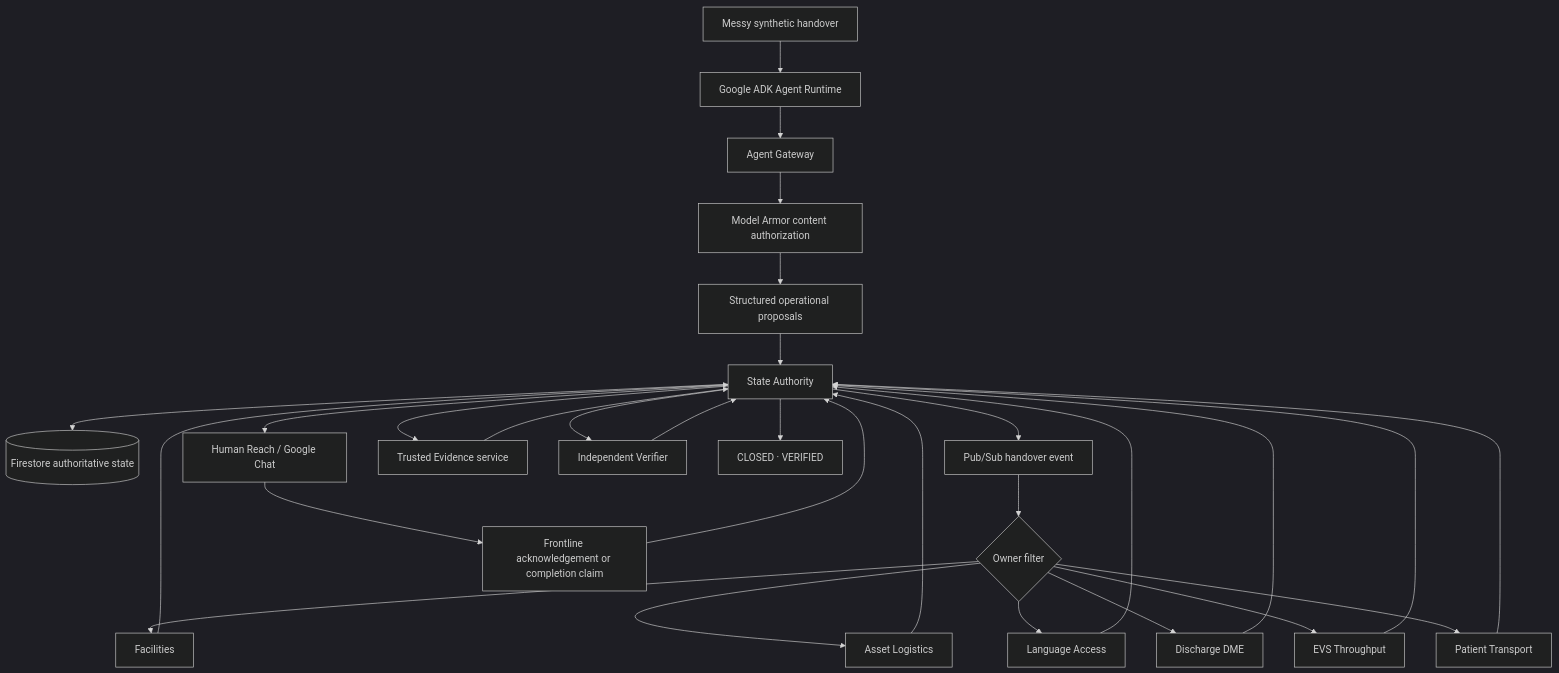
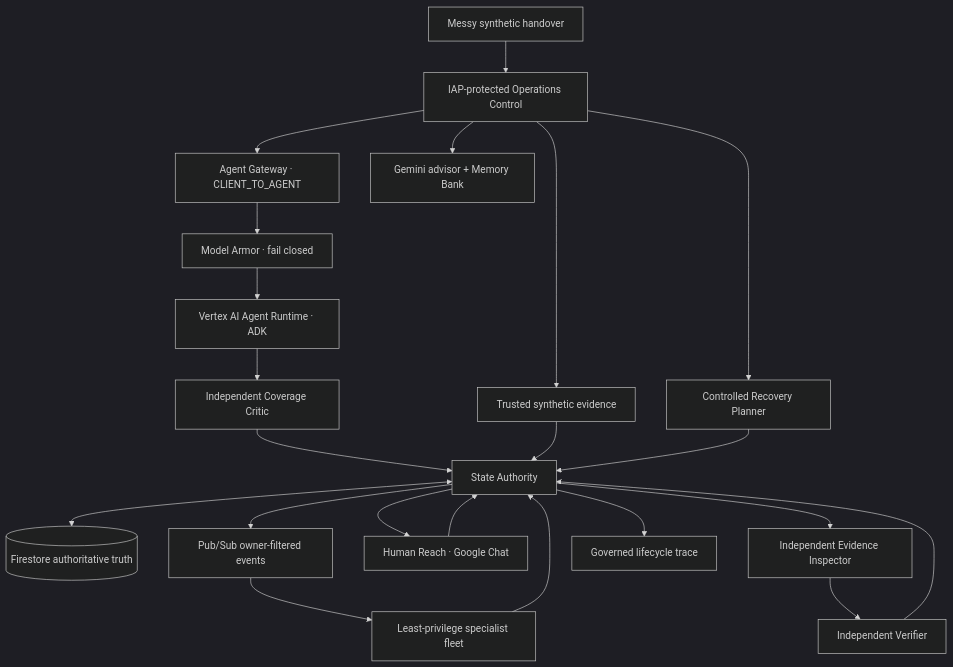
The diagram in README.md (Paddyboy76/next-shift), drawn with Mermaid (dark theme) before and after one commit. The commit also changed other lines of this file and 7 other files, not shown here.

````diff
--- a/README.md
+++ b/README.md
@@ -30,31 +30,24 @@
 ```mermaid
 flowchart TD
-    A[Messy synthetic handover] --> B[Google ADK Agent Runtime]
-    B --> C[Agent Gateway]
-    C --> D[Model Armor content authorization]
-    D --> E[Structured operational proposals]
-    E --> F[State Authority]
-    F --> G[(Firestore authoritative state)]
-    F --> H[Pub/Sub handover event]
-    H --> I{Owner filter}
-    I --> J1[Facilities]
-    I --> J2[Asset Logistics]
-    I --> J3[Language Access]
-    I --> J4[Discharge DME]
-    I --> J5[EVS Throughput]
-    I --> J6[Patient Transport]
-    J1 --> F
-    J2 --> F
-    J3 --> F
-    J4 --> F
-    J5 --> F
-    J6 --> F
-    F --> K[Human Reach / Google Chat]
-    K --> L[Frontline acknowledgement or completion claim]
-    L --> F
-    F --> M[Trusted Evidence service]
-    M --> F
-    F --> N[Independent Verifier]
-    N --> F
-    F --> O[CLOSED · VERIFIED]
+    H[Messy synthetic handover] --> UI[IAP-protected Operations Control]
+    UI --> GW[Agent Gateway · CLIENT_TO_AGENT]
+    GW --> MA[Model Armor · fail closed]
+    MA --> AR[Vertex AI Agent Runtime · ADK]
+    AR --> CC[Independent Coverage Critic]
+    CC --> SA[State Authority]
+    SA <--> FS[(Firestore authoritative truth)]
+    SA --> PS[Pub/Sub owner-filtered events]
+    PS --> SP[Least-privilege specialist fleet]
+    SP --> SA
+    SA --> HR[Human Reach · Google Chat]
+    HR --> SA
+    UI --> TE[Trusted synthetic evidence]
+    TE --> SA
+    SA --> EI[Independent Evidence Inspector]
+    EI --> IV[Independent Verifier]
+    IV --> SA
+    UI --> RP[Controlled Recovery Planner]
+    RP --> SA
+    UI --> MB[Gemini advisor + Memory Bank]
+    SA --> TR[Governed lifecycle trace]
 ```
````
